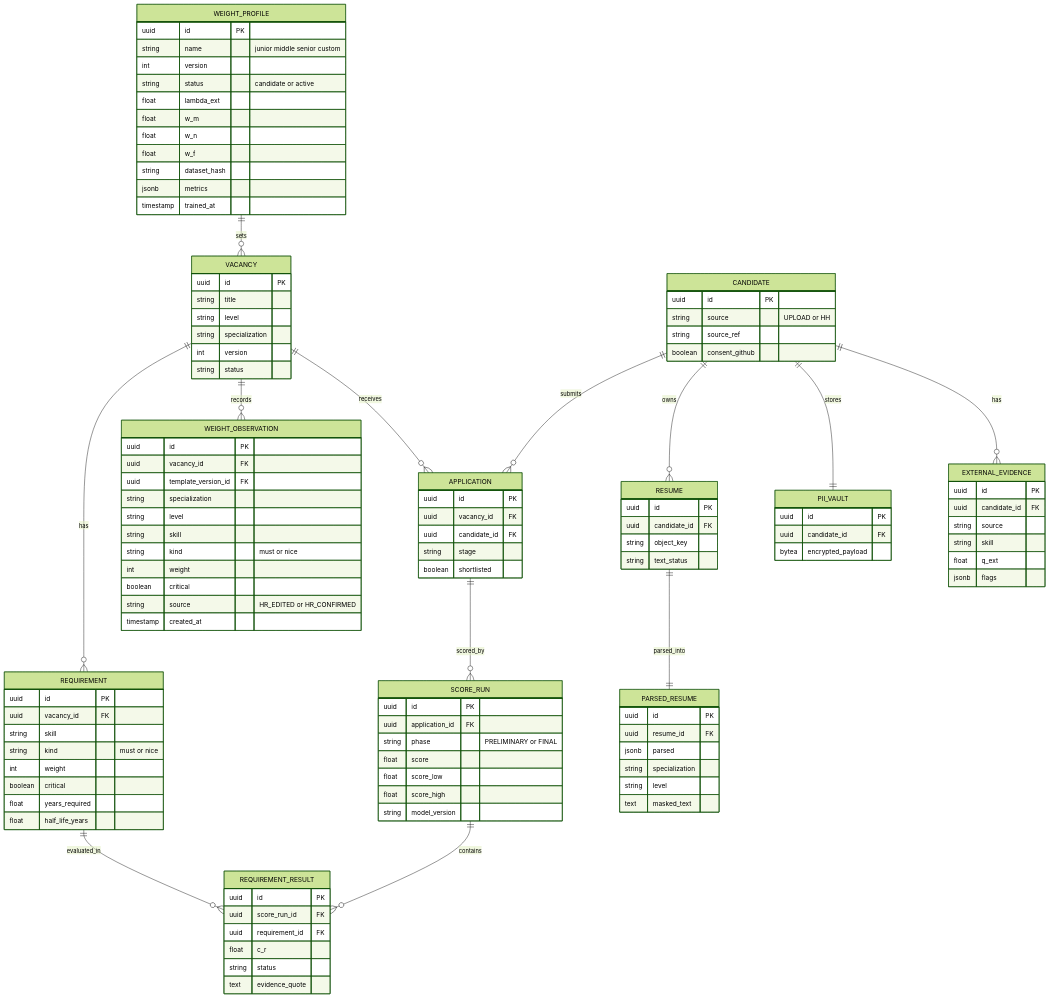
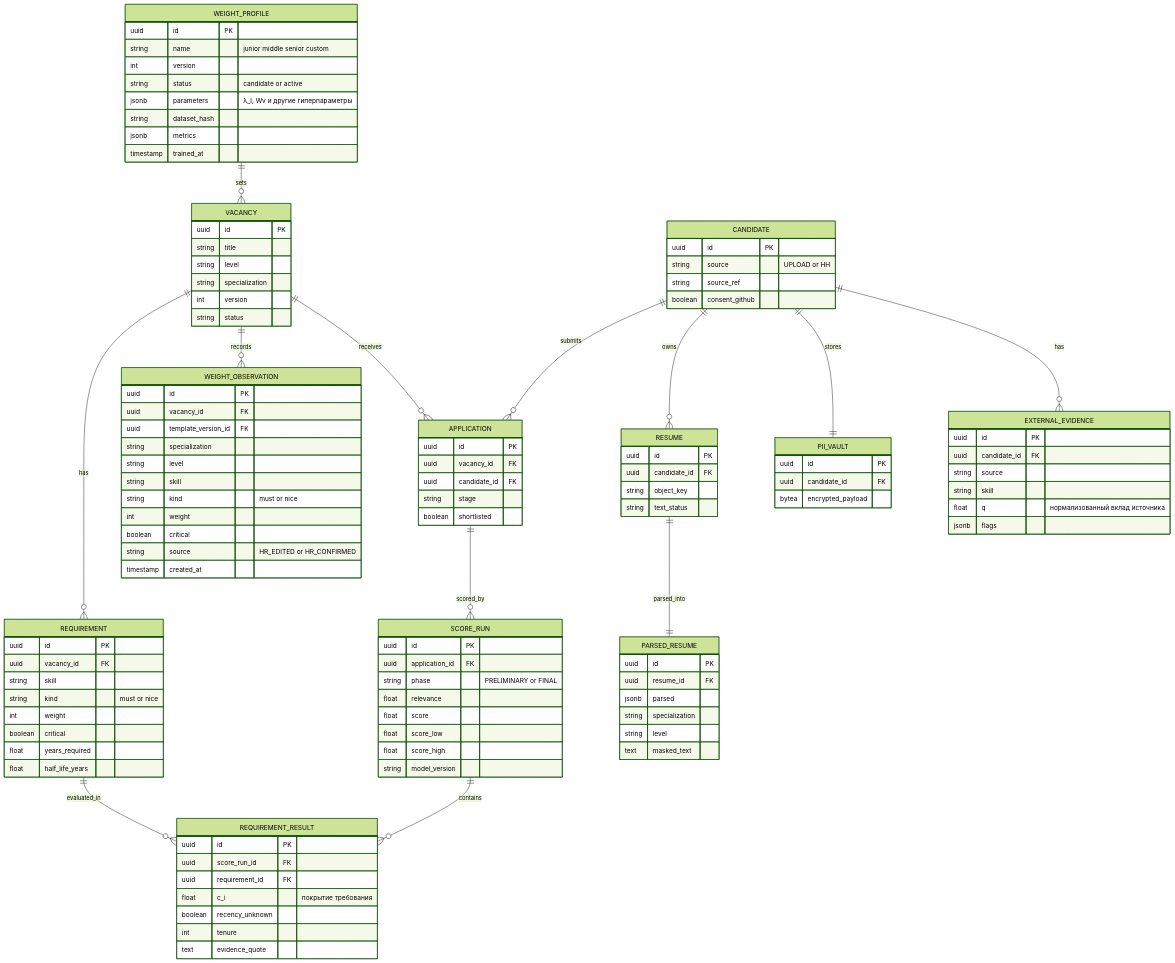
One commit to MiZentUi/tracing_ats changed the seventh of 7 diagrams in README.md. Above: the diagram before and after it, drawn with Mermaid (forest theme). The commit also changed other lines of this file and 1 other file, not shown here.

````diff
--- a/README.md
+++ b/README.md
@@ -543,10 +532,7 @@
         string name "junior middle senior custom"
         int version
         string status "candidate or active"
-        float lambda_ext
-        float w_m
-        float w_n
-        float w_f
+        jsonb parameters "λ_l, Wv и другие гиперпараметры"
         string dataset_hash
         jsonb metrics
         timestamp trained_at
@@ -587,6 +573,7 @@
         uuid id PK
         uuid application_id FK
         string phase "PRELIMINARY or FINAL"
+        float relevance
         float score
         float score_low
         float score_high
@@ -596,8 +583,9 @@
         uuid id PK
         uuid score_run_id FK
         uuid requirement_id FK
-        float c_r
-        string status
+        float c_i "покрытие требования"
+        boolean recency_unknown
+        int tenure
         text evidence_quote
     }
     EXTERNAL_EVIDENCE {
@@ -605,7 +593,7 @@
         uuid candidate_id FK
         string source
         string skill
-        float q_ext
+        float q "нормализованный вклад источника"
         jsonb flags
     }
 ```
````
